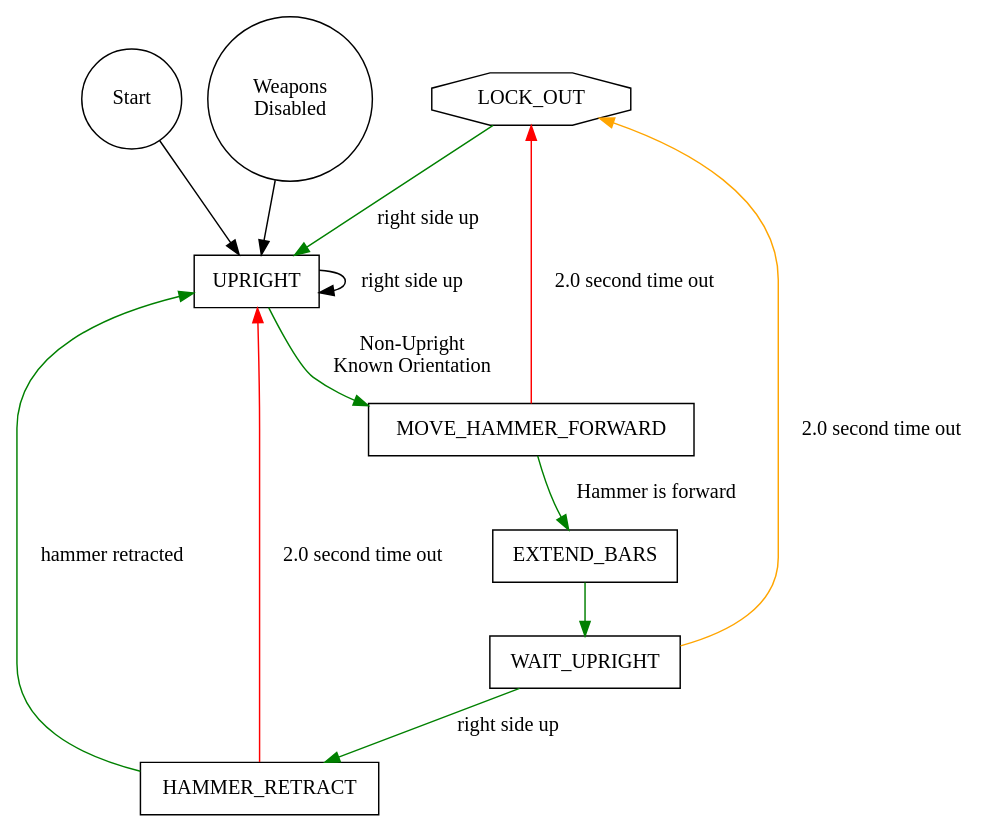
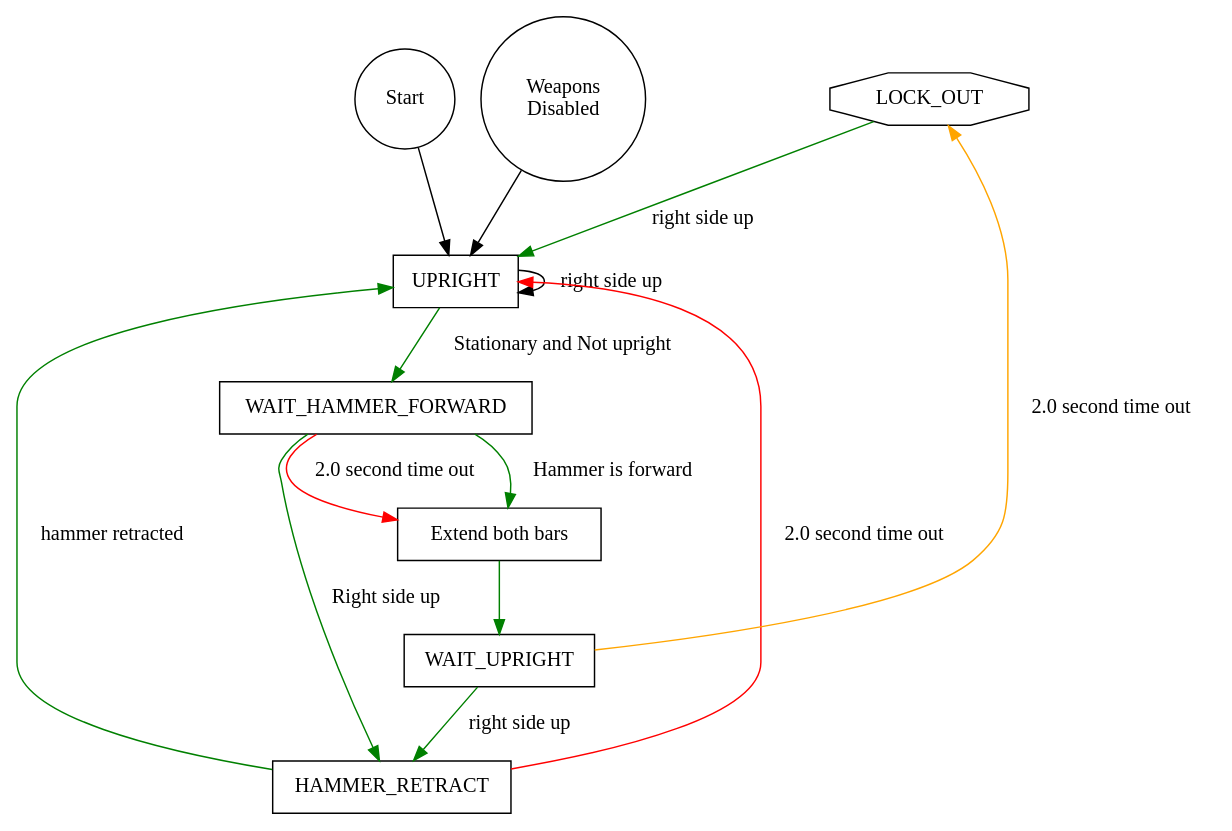
One commit to jaschalittle/Chomp changed the diagram in arduino/chomp/selfright.dot. Above: the diagram before and after it, drawn with Graphviz. The commit also changed 2 other files, not shown here.

```diff
--- a/arduino/chomp/selfright.dot
+++ b/arduino/chomp/selfright.dot
@@ -1,36 +1,39 @@
 digraph SelfRight {
 // UPRIGHT MOVE_HAMMER_FORWARD WAIT_STABLE SELF_RIGHT_LEFT
 // SELF_RIGHT_RIGHT WAIT_UPRIGHT HAMMER_RETRACT
 node [shape="box"];
 LOCK_OUT [shape="octagon"];
 
 Start [shape="circle"];
 Start -> UPRIGHT;
 
 Disable [shape="circle" label="Weapons\nDisabled"]
 Disable -> UPRIGHT
 
-UPRIGHT -> MOVE_HAMMER_FORWARD [label="Non-Upright\nKnown Orientation"
+UPRIGHT -> WAIT_HAMMER_FORWARD [label="Stationary and Not upright"
                                 color="green"];
 UPRIGHT -> UPRIGHT [label="right side up"];
 
-MOVE_HAMMER_FORWARD -> EXTEND_BARS [label="Hammer is forward"
-                                   color="green"];
-MOVE_HAMMER_FORWARD -> LOCK_OUT [label="2.0 second time out",
-                                 color="red"];
+WAIT_HAMMER_FORWARD -> EXTEND [label="Hammer is forward"
+                                     color="green"];
+WAIT_HAMMER_FORWARD -> EXTEND [label="2.0 second time out"
+                                     color="red"];
+WAIT_HAMMER_FORWARD -> HAMMER_RETRACT [label="Right side up"
+                                       color="green"]
 
-EXTEND_BARS -> WAIT_UPRIGHT [color="green"];
+EXTEND -> WAIT_UPRIGHT [color="green"];
+EXTEND [label="Extend both bars"];
 
 WAIT_UPRIGHT -> HAMMER_RETRACT [label="right side up"
                                 color="green"];
 WAIT_UPRIGHT -> LOCK_OUT [label="2.0 second time out"
                           color="orange"];
 
 HAMMER_RETRACT -> UPRIGHT [label="hammer retracted"
                            color="green"];
 HAMMER_RETRACT -> UPRIGHT [label="2.0 second time out"
                            color="red"];
 
 LOCK_OUT -> UPRIGHT [label="right side up"
                      color="green"];
 }
```
